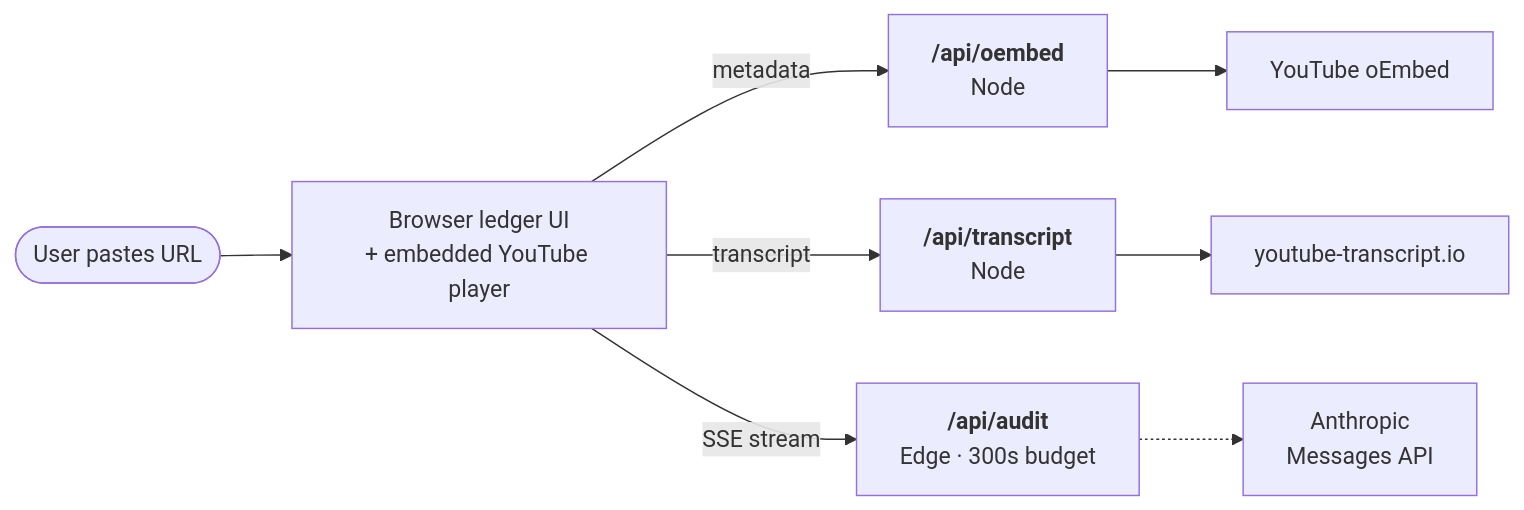
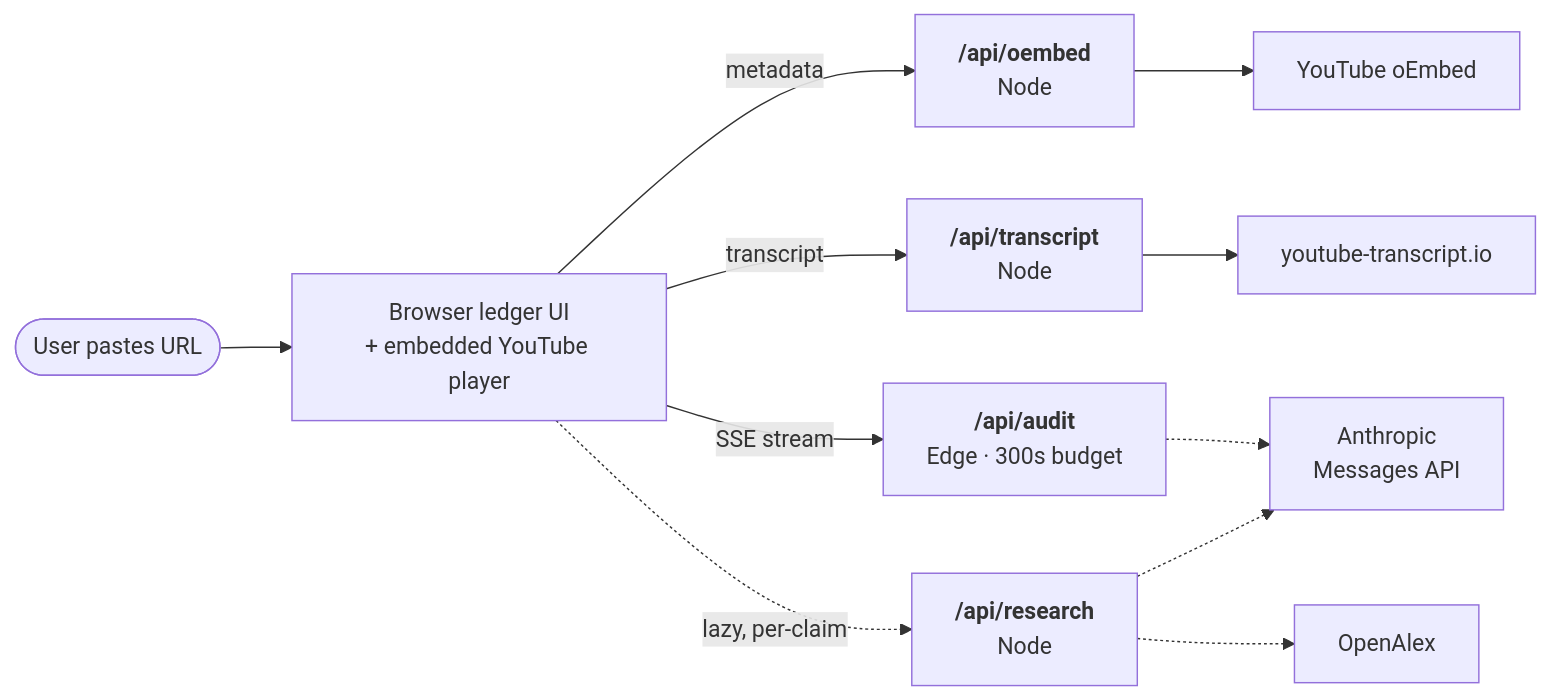
The first of 3 diagrams in README.md (JemsRyu/claim-ledger), drawn with Mermaid before and after one commit. The commit also changed other lines of this file and 2 other files, not shown here.

First line of the commit message:
docs + ux: document research lens in README; reorder verify links (research · Google · Scholar)

````diff
--- a/README.md
+++ b/README.md
@@ -32,10 +33,13 @@
 ```mermaid
 flowchart LR
     User([User pastes URL]) --> UI[Browser ledger UI<br/>+ embedded YouTube player]
     UI -->|metadata| Oembed["<b>/api/oembed</b><br/>Node"]
     UI -->|transcript| Transcript["<b>/api/transcript</b><br/>Node"]
     UI -->|SSE stream| Audit["<b>/api/audit</b><br/>Edge · 300s budget"]
+    UI -.->|lazy, per-claim| Research["<b>/api/research</b><br/>Node"]
     Oembed --> YT[YouTube oEmbed]
     Transcript --> IO[youtube-transcript.io]
     Audit -.-> Anthropic[Anthropic<br/>Messages API]
+    Research -.-> OpenAlex[OpenAlex]
+    Research -.-> Anthropic
 ```
````
